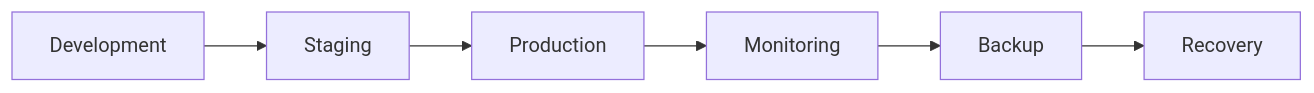
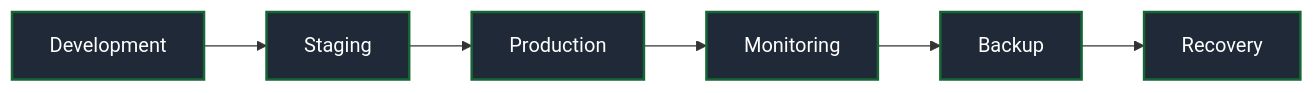
One commit to StackBlackzada/.github changed diagram 12 of 16 in profile/README.md. Above: the diagram before and after it, drawn with Mermaid. The commit also changed other lines of this file, not shown here.

````diff
--- a/profile/README.md
+++ b/profile/README.md
@@ -323,4 +567,6 @@
 ```mermaid
 flowchart LR
     A["Development"] --> B["Staging"] --> C["Production"] --> D["Monitoring"] --> E["Backup"] --> F["Recovery"]
+    classDef d fill:#1F2937,stroke:#166534,color:#fff,stroke-width:2px
+    class A,B,C,D,E,F d
 ```
````
